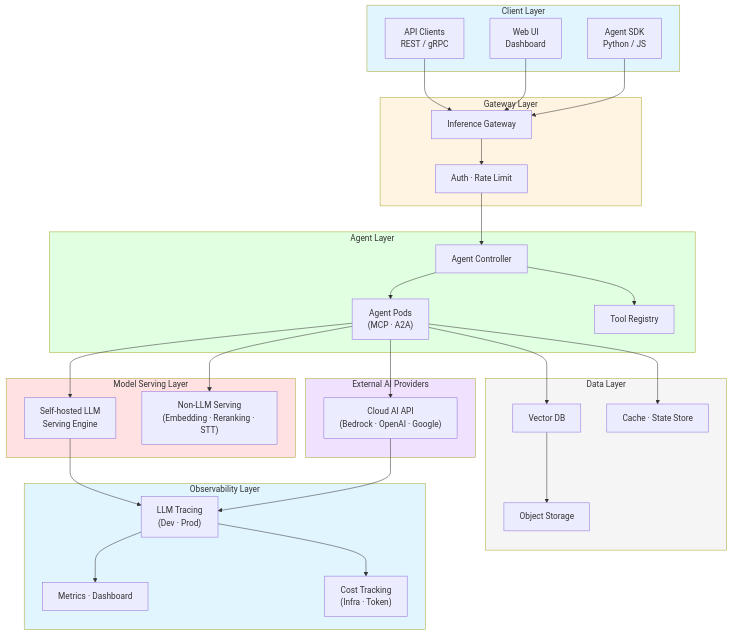
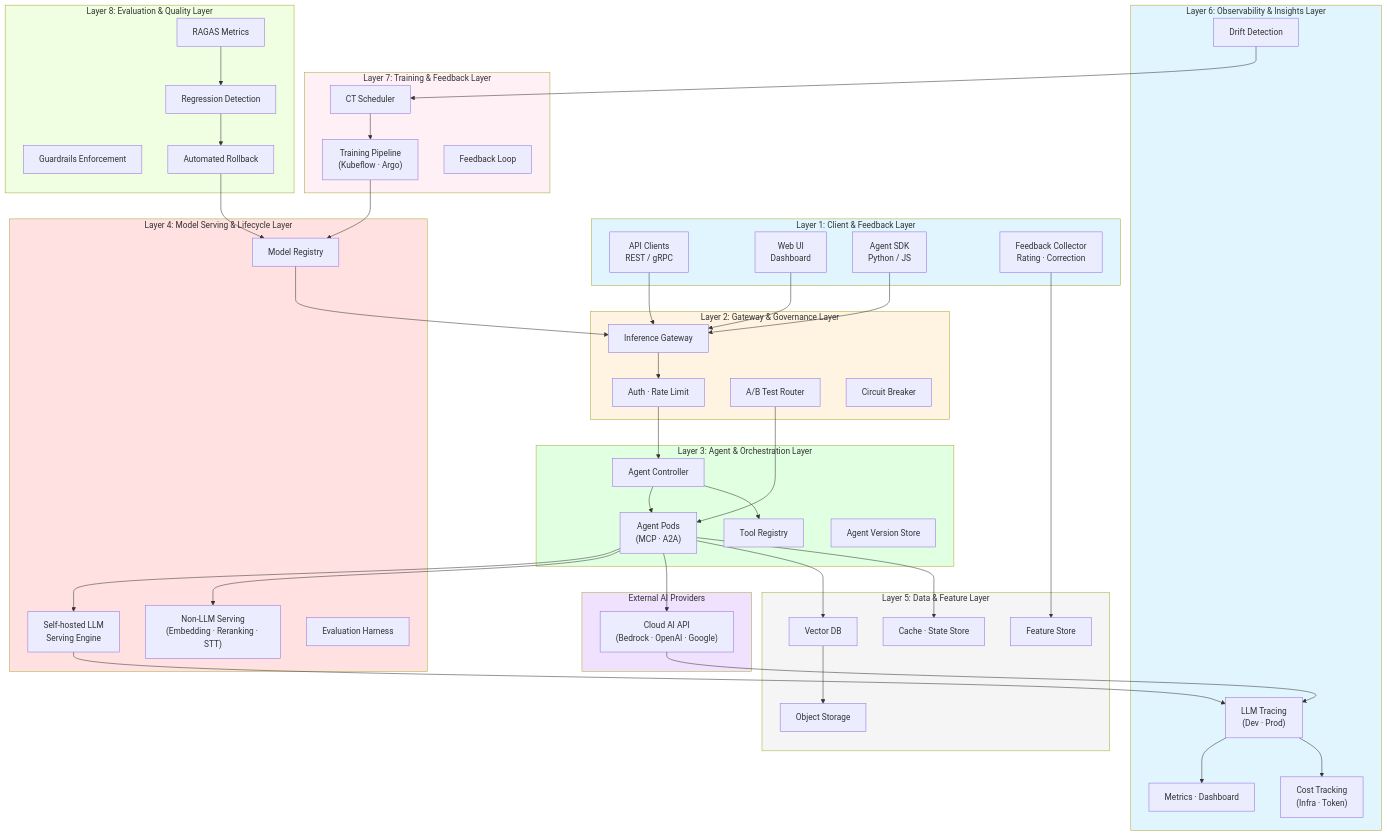
The first of 9 diagrams in docs/agentic-ai-platform/design-architecture/foundations/agentic-platform-architecture.md (devfloor9/engineering-playbook), drawn with Mermaid before and after one commit. The commit also changed other lines of this file and 3 other files, not shown here.

````diff
--- a/docs/agentic-ai-platform/design-architecture/foundations/agentic-platform-architecture.md
+++ b/docs/agentic-ai-platform/design-architecture/foundations/agentic-platform-architecture.md
@@ -36,45 +37,68 @@
 ```mermaid
 flowchart TD
-    subgraph ClientLayer["Client Layer"]
+    subgraph ClientLayer["Layer 1: Client & Feedback Layer"]
         CLIENT["API Clients<br/>REST / gRPC"]
         UI["Web UI<br/>Dashboard"]
         SDK["Agent SDK<br/>Python / JS"]
+        FEEDBACK["Feedback Collector<br/>Rating · Correction"]
     end
 
-    subgraph GatewayLayer["Gateway Layer"]
+    subgraph GatewayLayer["Layer 2: Gateway & Governance Layer"]
         IGW["Inference Gateway"]
         AUTH["Auth · Rate Limit"]
+        AB["A/B Test Router"]
+        CB["Circuit Breaker"]
     end
 
-    subgraph AgentLayer["Agent Layer"]
+    subgraph AgentLayer["Layer 3: Agent & Orchestration Layer"]
         CTRL["Agent Controller"]
         AGENT["Agent Pods<br/>(MCP · A2A)"]
         TOOLS["Tool Registry"]
+        AVERSION["Agent Version Store"]
     end
 
-    subgraph ModelLayer["Model Serving Layer"]
+    subgraph ModelLayer["Layer 4: Model Serving & Lifecycle Layer"]
         SELF_LLM["Self-hosted LLM<br/>Serving Engine"]
         NONLLM["Non-LLM Serving<br/>(Embedding · Reranking · STT)"]
+        REGISTRY["Model Registry"]
+        EVAL_HARNESS["Evaluation Harness"]
     end
 
     subgraph ExternalAI["External AI Providers"]
         PROVIDER1["Cloud AI API<br/>(Bedrock · OpenAI · Google)"]
     end
 
-    subgraph DataLayer["Data Layer"]
+    subgraph DataLayer["Layer 5: Data & Feature Layer"]
         VECTOR["Vector DB"]
         CACHE["Cache · State Store"]
         STORAGE["Object Storage"]
+        FSTORE["Feature Store"]
     end
 
-    subgraph ObsLayer["Observability Layer"]
+    subgraph ObsLayer["Layer 6: Observability & Insights Layer"]
         TRACE["LLM Tracing<br/>(Dev · Prod)"]
         METRICS["Metrics · Dashboard"]
         COST["Cost Tracking<br/>(Infra · Token)"]
+        DRIFT["Drift Detection"]
+    end
+
+    subgraph TrainLayer["Layer 7: Training & Feedback Layer"]
+        PIPELINE["Training Pipeline<br/>(Kubeflow · Argo)"]
+        CT["CT Scheduler"]
+        FLOOP["Feedback Loop"]
+    end
+
+    subgraph QualityLayer["Layer 8: Evaluation & Quality Layer"]
+        RAGAS["RAGAS Metrics"]
+        GUARD["Guardrails Enforcement"]
+        REGRESS["Regression Detection"]
+        ROLLBACK["Automated Rollback"]
     end
 
     CLIENT & UI & SDK --> IGW
+    FEEDBACK --> FSTORE
     IGW --> AUTH --> CTRL
+    AB --> AGENT
     CTRL --> AGENT
     CTRL --> TOOLS
     AGENT --> SELF_LLM
@@ -87,6 +111,13 @@
     PROVIDER1 --> TRACE
     TRACE --> METRICS
     TRACE --> COST
+    DRIFT --> CT
+    CT --> PIPELINE
+    PIPELINE --> REGISTRY
+    REGISTRY --> IGW
+    RAGAS --> REGRESS
+    REGRESS --> ROLLBACK
+    ROLLBACK --> REGISTRY
 
     style ClientLayer fill:#e1f5ff
     style GatewayLayer fill:#fff4e1
@@ -95,4 +126,6 @@
     style ExternalAI fill:#f0e1ff
     style DataLayer fill:#f5f5f5
     style ObsLayer fill:#e1f5ff
+    style TrainLayer fill:#fff0f5
+    style QualityLayer fill:#f0ffe1
 ```
````
